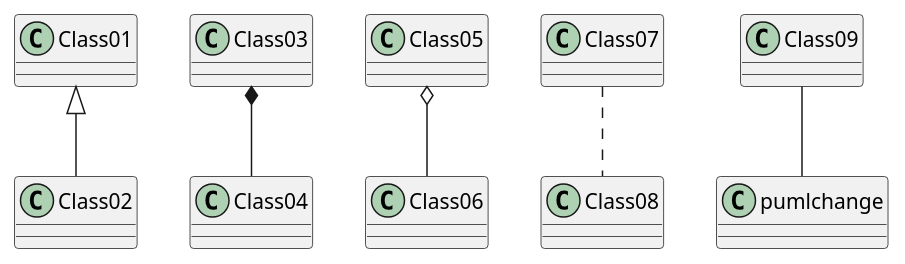
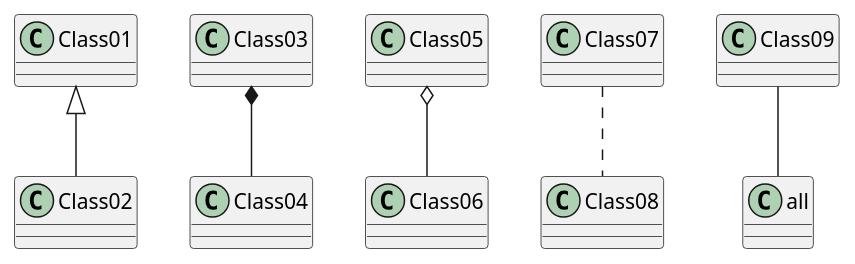
The diagram in meilenstein_03/test.puml (weichware10/meilensteine), drawn with PlantUML before and after one commit. The commit also changed 1 other file, not shown here.

Commit message:
all kinds of puml files

```diff
--- a/meilenstein_03/test.puml
+++ b/meilenstein_03/test.puml
@@ -1,7 +1,7 @@
 @startuml test
 Class01 <|-- Class02
 Class03 *-- Class04
 Class05 o-- Class06
 Class07 .. Class08
-Class09 -- pumlchange
+Class09 -- all
 @enduml
```
